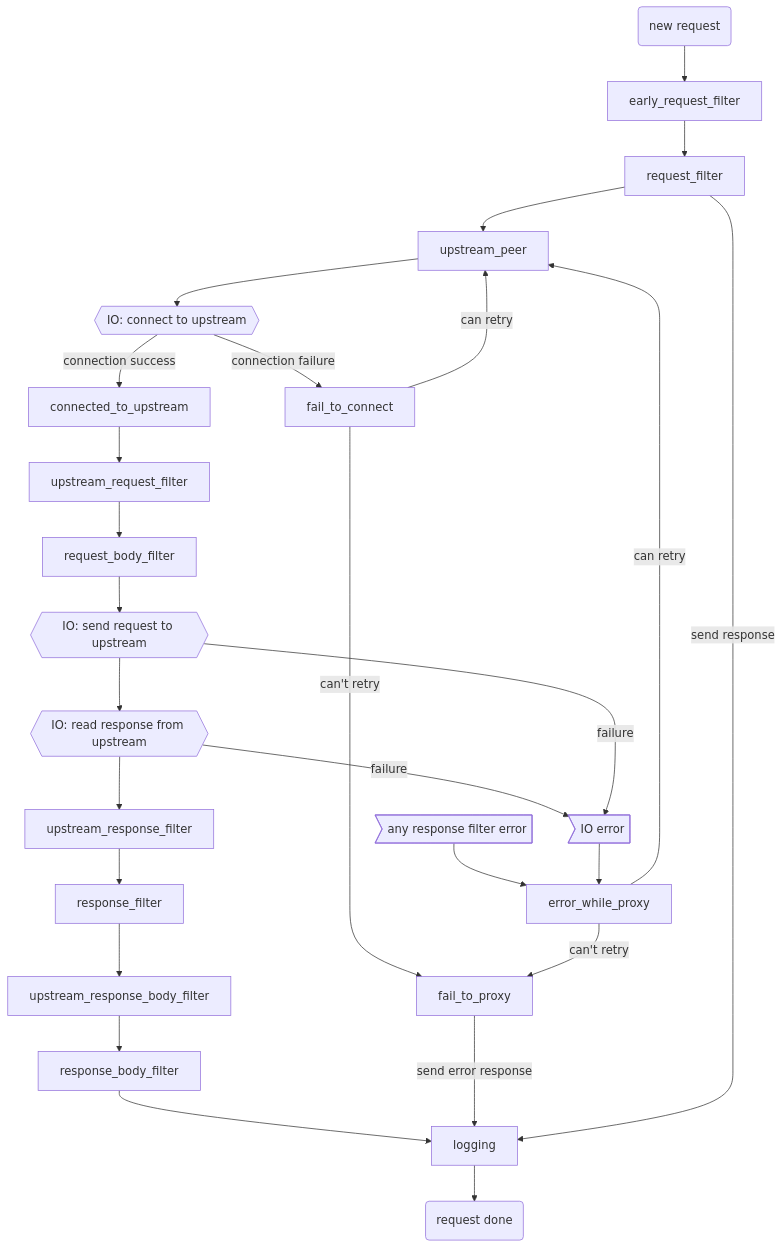
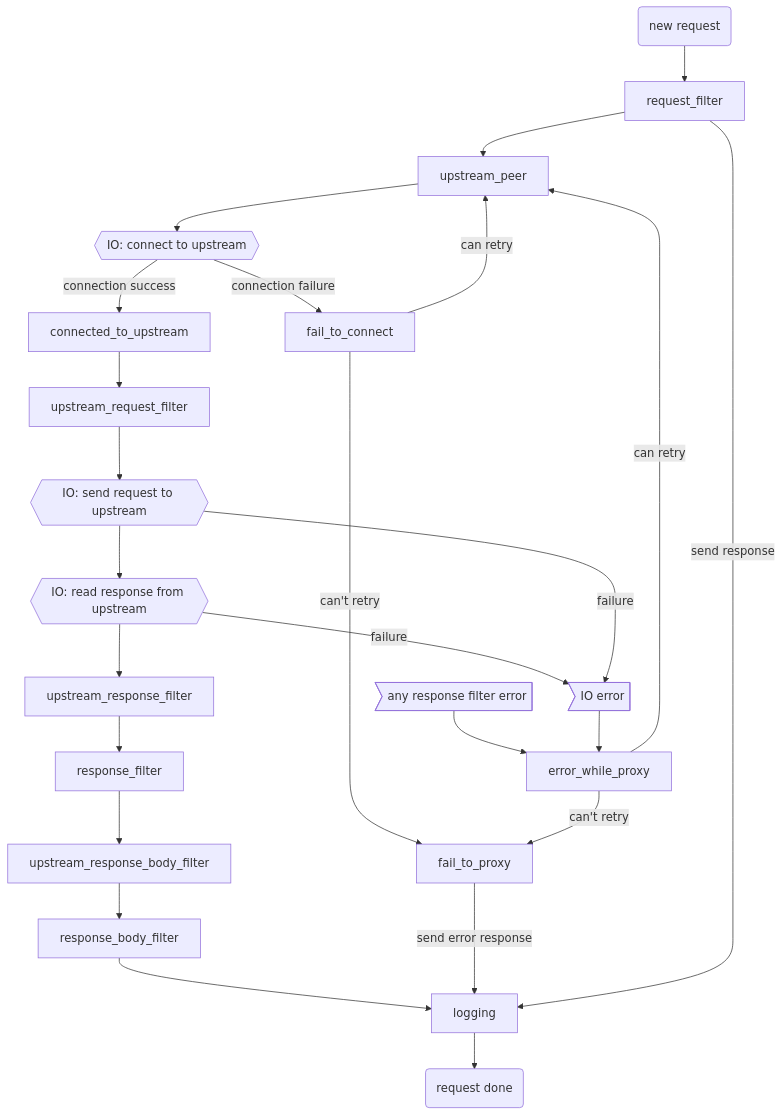
The diagram in crates/encore/libs/pingora/docs/user_guide/phase.md (bartekus/axiomregent), drawn with Mermaid before and after one commit. The commit also changed other lines of this file and 141 other files, not shown here.

````diff
--- a/crates/encore/libs/pingora/docs/user_guide/phase.md
+++ b/crates/encore/libs/pingora/docs/user_guide/phase.md
@@ -17,31 +17,29 @@
 ```mermaid
  graph TD;
-    start("new request")-->early_request_filter;
-    early_request_filter-->request_filter;
+    start("new request")-->request_filter;
     request_filter-->upstream_peer;
 
     upstream_peer-->Connect{{IO: connect to upstream}};
 
     Connect--connection success-->connected_to_upstream;
     Connect--connection failure-->fail_to_connect;
 
     connected_to_upstream-->upstream_request_filter;
-    upstream_request_filter --> request_body_filter;
-    request_body_filter --> SendReq{{IO: send request to upstream}};
+    upstream_request_filter --> SendReq{{IO: send request to upstream}};
     SendReq-->RecvResp{{IO: read response from upstream}};
     RecvResp-->upstream_response_filter-->response_filter-->upstream_response_body_filter-->response_body_filter-->logging-->endreq("request done");
 
     fail_to_connect --can retry-->upstream_peer;
     fail_to_connect --can't retry-->fail_to_proxy--send error response-->logging;
 
     RecvResp--failure-->IOFailure;
     SendReq--failure-->IOFailure;
     error_while_proxy--can retry-->upstream_peer;
     error_while_proxy--can't retry-->fail_to_proxy;
 
     request_filter --send response-->logging
 
 
     Error>any response filter error]-->error_while_proxy
     IOFailure>IO error]-->error_while_proxy
 ```
````
